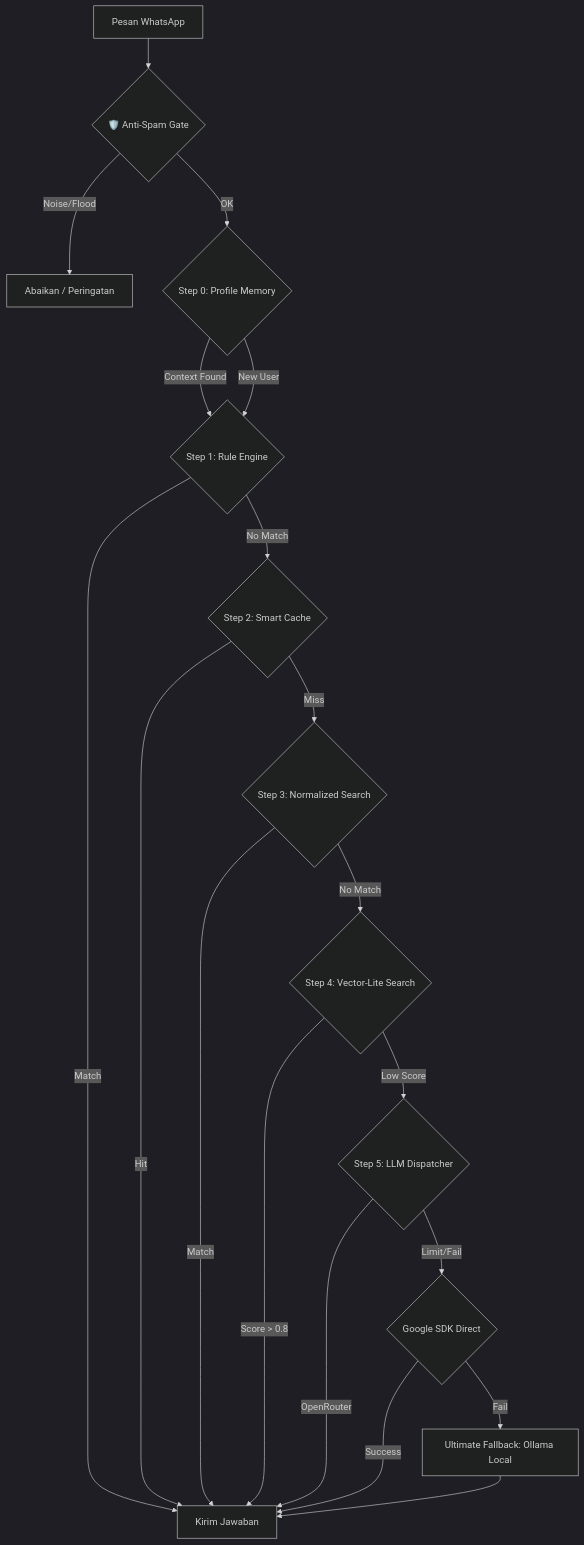
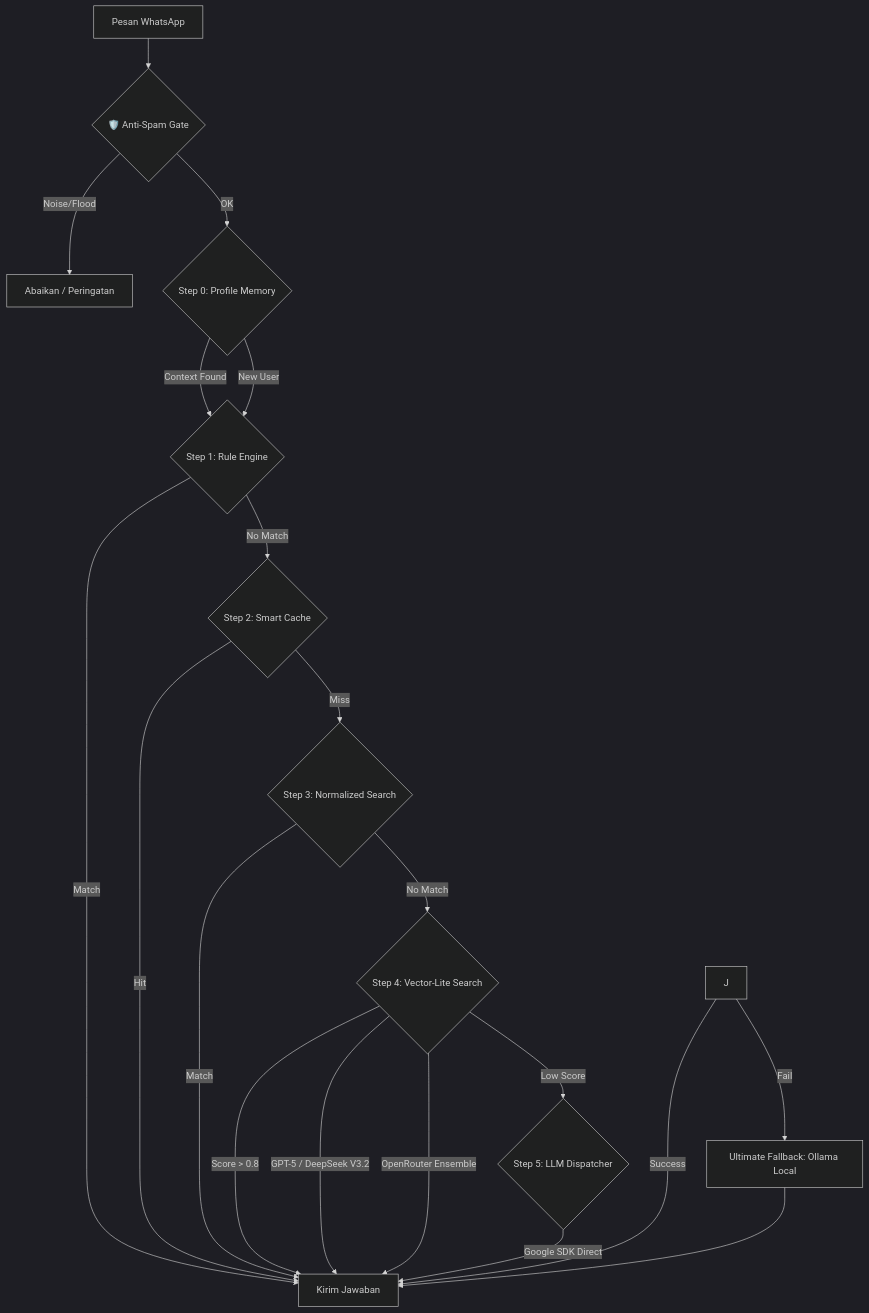
The diagram in ReadMeForDevs.md (malikamrullah131/ImiBot), drawn with Mermaid (dark theme) before and after one commit. The commit also changed other lines of this file and 8 other files, not shown here.

Commit message:
feat: integrate GPT-5 Nano/Mini and DeepSeek V3.2 into AI dispatcher and update docs

````diff
--- a/ReadMeForDevs.md
+++ b/ReadMeForDevs.md
@@ -13,20 +13,21 @@
 ```mermaid
 graph TD
     A[Pesan WhatsApp] --> B{🛡️ Anti-Spam Gate}
     B -- Noise/Flood --> Z[Abaikan / Peringatan]
     B -- OK --> C{Step 0: Profile Memory}
     C -- Context Found --> D{Step 1: Rule Engine}
     C -- New User --> D
     D -- Match --> E[Kirim Jawaban]
     D -- No Match --> F{Step 2: Smart Cache}
     F -- Hit --> E
     F -- Miss --> G{Step 3: Normalized Search}
     G -- Match --> E
     G -- No Match --> H{Step 4: Vector-Lite Search}
     H -- Score > 0.8 --> E
     H -- Low Score --> I{Step 5: LLM Dispatcher}
-    I -- OpenRouter --> E
-    I -- Limit/Fail --> J{Google SDK Direct}
+    H -- GPT-5 / DeepSeek V3.2 --> E
+    H -- OpenRouter Ensemble --> E
+    I -- Google SDK Direct --> E
     J -- Success --> E
     J -- Fail --> K[Ultimate Fallback: Ollama Local] --> E
 ```
````
